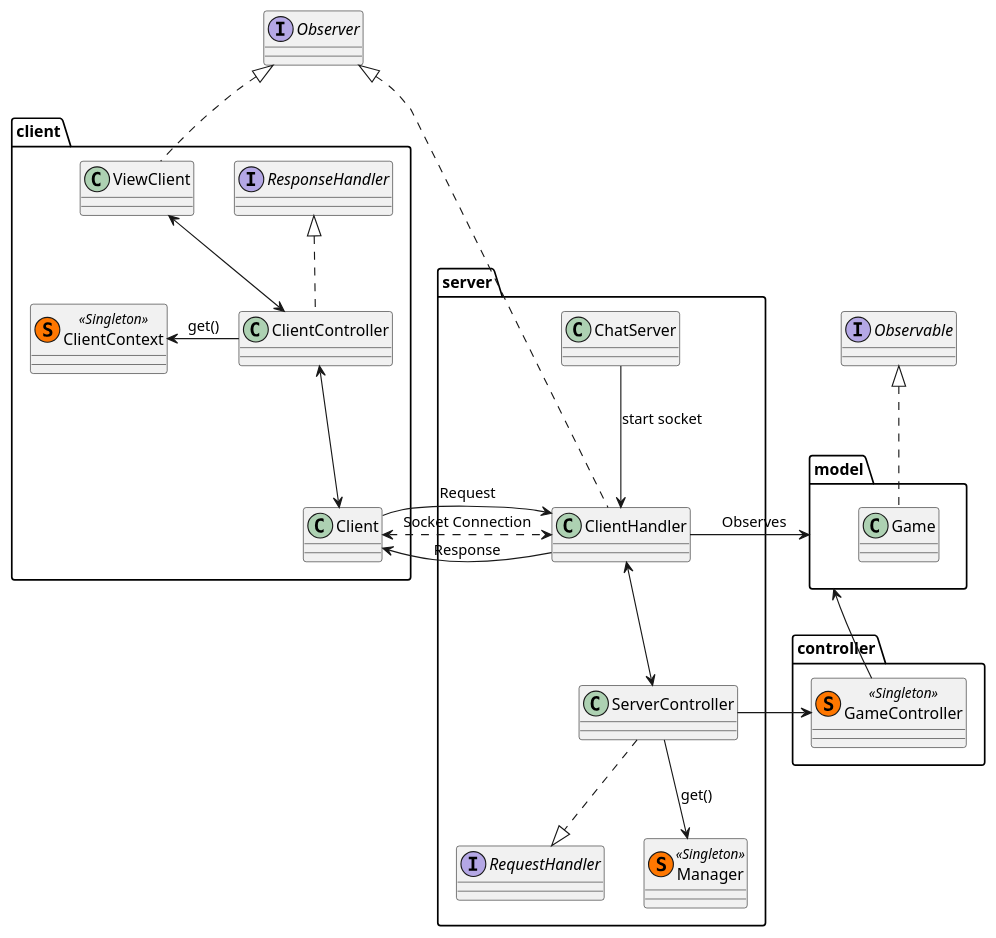
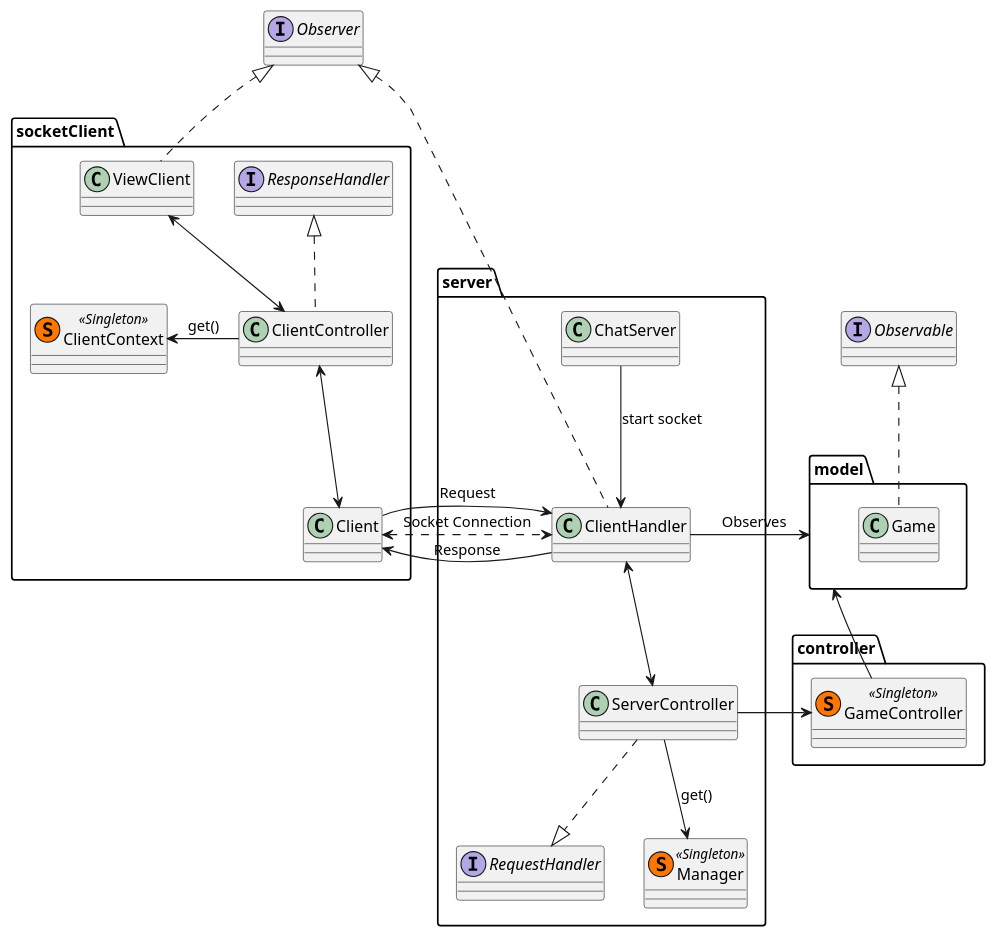
One commit to elenasl96/ing-sw-2019-6 changed the diagram in utility/Socket.puml. Above: the diagram before and after it, drawn with PlantUML. The commit also changed 14 other files, not shown here.

```diff
--- a/utility/Socket.puml
+++ b/utility/Socket.puml
@@ -1,51 +1,51 @@
 @startuml
 skinparam classAttributeIconSize 0
 
 package server{
     class ClientHandler
     class ServerController
     interface RequestHandler
     class Manager  << (S,#FF7700) Singleton >>
 
     ClientHandler <--> ServerController
     ServerController ..|> RequestHandler
     ServerController --> Manager : get()
     ChatServer --> ClientHandler : start socket
 }
-package client{
+package socketClient{
     class Client
     class ClientController implements ResponseHandler
     class ViewClient
     class ClientContext  << (S,#FF7700) Singleton >>
 
 
     ViewClient <--> ClientController
     ClientController <--> Client
     ClientContext <- ClientController : get()
 }
 
 package controller{
     class GameController << (S,#FF7700) Singleton >>
 }
 
 package model{
     class Game
 }
 
 Client <.> ClientHandler : Socket Connection
 Client -> ClientHandler : Request
 Client <- ClientHandler : Response
 
 ServerController -> GameController
 
 model <-- GameController
 
 interface Observer
 Observer <|.. ClientHandler
 Observer <|..ViewClient
 interface Observable
 Observable <|.. Game
 
 ClientHandler -> model : Observes
 
 @enduml
```
